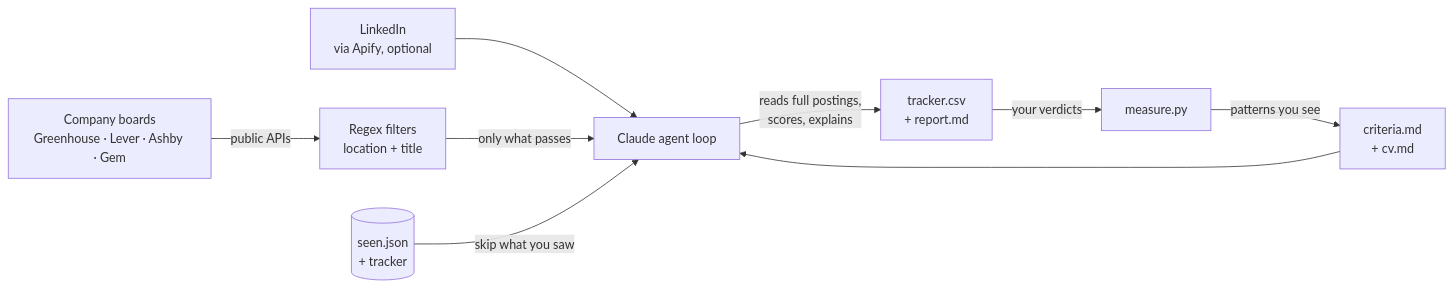
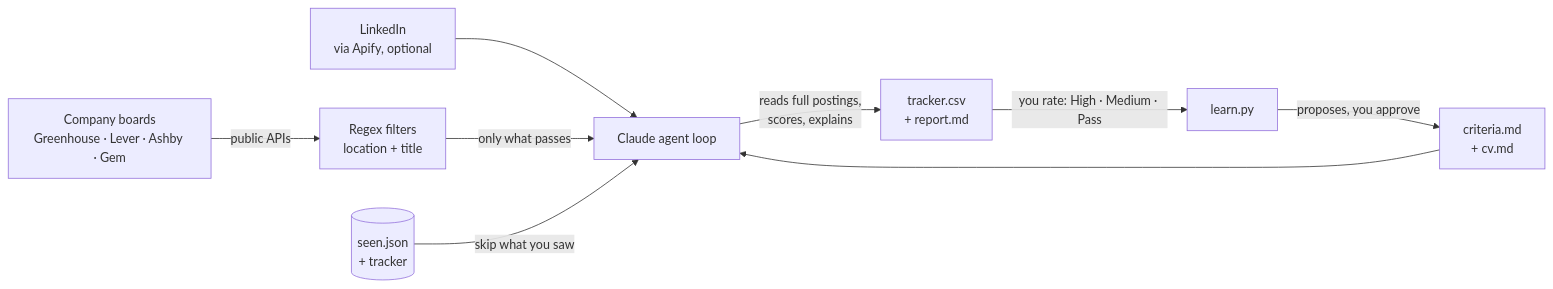
One commit to jonaslnino/job-scout-agent changed the diagram in README.md. Above: the diagram before and after it, drawn with Mermaid. The commit also changed other lines of this file and 7 other files, not shown here.

````diff
--- a/README.md
+++ b/README.md
@@ -65,11 +65,11 @@
 ```mermaid
 flowchart LR
     A[Company boards<br/>Greenhouse · Lever · Ashby · Gem] -->|public APIs| F[Regex filters<br/>location + title]
     L[LinkedIn<br/>via Apify, optional] --> M
     F -->|only what passes| M[Claude agent loop]
     S[(seen.json<br/>+ tracker)] -->|skip what you saw| M
     C[criteria.md<br/>+ cv.md] --> M
     M -->|reads full postings,<br/>scores, explains| O[tracker.csv<br/>+ report.md]
-    O -->|your verdicts| E[measure.py]
-    E -->|patterns you see| C
+    O -->|you rate: High · Medium · Pass| E[learn.py]
+    E -->|proposes, you approve| C
 ```
````
